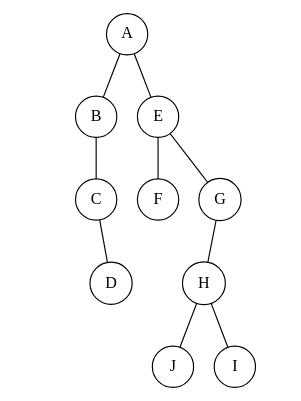
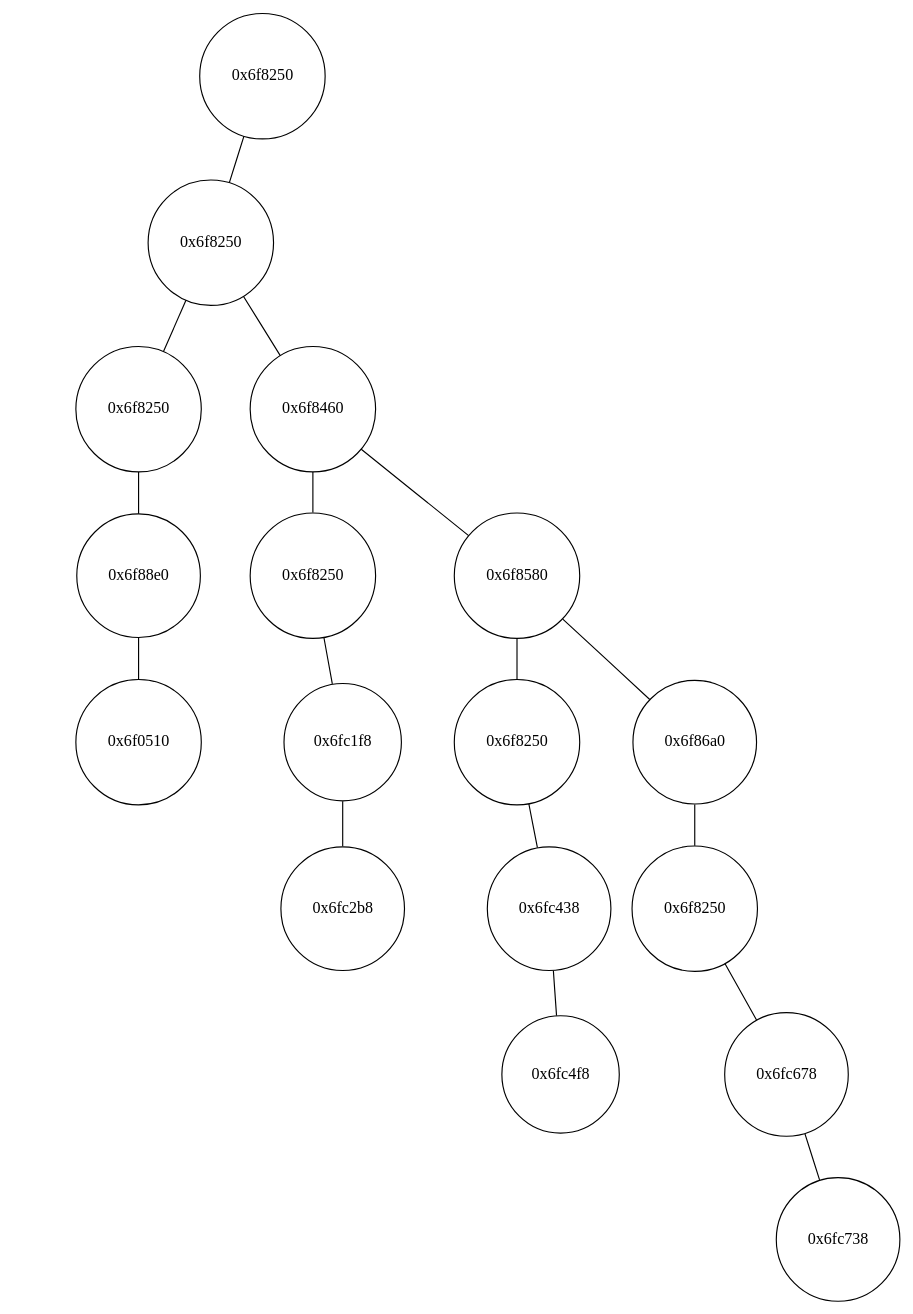
Before and after one commit to Time-Coder/Data_Structure: the diagram in Tree/Tree/Figures/bintree.dot, drawn with Graphviz. The commit also changed 23 other files, not shown here.

```diff
--- a/Tree/Tree/Figures/bintree.dot
+++ b/Tree/Tree/Figures/bintree.dot
@@ -1,31 +1,59 @@
 graph BinTree
 {
 	graph[ordering="out"];
 
 	0--1;
-	0--2;
-	2--3;
-	2--4;
+	0--NULL2[style="invis"];
+	1--3;
+	1--4;
 	4--5;
-	4--NULL6[style="invis"];
-	5--7;
-	5--8;
-	1--NULL9[style="invis"];
-	1--10;
-	10--NULL11[style="invis"];
-	10--12;
+	4--6;
+	6--7;
+	6--8;
+	8--9;
+	8--NULL10[style="invis"];
+	9--NULL11[style="invis"];
+	9--12;
+	12--NULL13[style="invis"];
+	12--14;
+	7--NULL15[style="invis"];
+	7--16;
+	16--NULL17[style="invis"];
+	16--18;
+	5--NULL19[style="invis"];
+	5--20;
+	20--NULL21[style="invis"];
+	20--22;
+	3--NULL23[style="invis"];
+	3--24;
+	24--NULL25[style="invis"];
+	24--26;
 
-	12[shape="circle",label="D"];
+	26[shape="circle",label="0x6f0510"];
+	NULL25[shape="circle",label="A",style="invis"];
+	24[shape="circle",label="0x6f88e0"];
+	NULL23[shape="circle",label="A",style="invis"];
+	22[shape="circle",label="0x6fc2b8"];
+	NULL21[shape="circle",label="A",style="invis"];
+	20[shape="circle",label="0x6fc1f8"];
+	NULL19[shape="circle",label="A",style="invis"];
+	18[shape="circle",label="0x6fc4f8"];
+	NULL17[shape="circle",label="A",style="invis"];
+	16[shape="circle",label="0x6fc438"];
+	NULL15[shape="circle",label="A",style="invis"];
+	14[shape="circle",label="0x6fc738"];
+	NULL13[shape="circle",label="A",style="invis"];
+	12[shape="circle",label="0x6fc678"];
 	NULL11[shape="circle",label="A",style="invis"];
-	10[shape="circle",label="C"];
-	NULL9[shape="circle",label="A",style="invis"];
-	8[shape="circle",label="I"];
-	7[shape="circle",label="J"];
-	NULL6[shape="circle",label="A",style="invis"];
-	5[shape="circle",label="H"];
-	4[shape="circle",label="G"];
-	3[shape="circle",label="F"];
-	2[shape="circle",label="E"];
-	1[shape="circle",label="B"];
-	0[shape="circle",label="A"];
+	NULL10[shape="circle",label="A",style="invis"];
+	9[shape="circle",label="0x6f8250"];
+	8[shape="circle",label="0x6f86a0"];
+	7[shape="circle",label="0x6f8250"];
+	6[shape="circle",label="0x6f8580"];
+	5[shape="circle",label="0x6f8250"];
+	4[shape="circle",label="0x6f8460"];
+	3[shape="circle",label="0x6f8250"];
+	NULL2[shape="circle",label="A",style="invis"];
+	1[shape="circle",label="0x6f8250"];
+	0[shape="circle",label="0x6f8250"];
 }
```
